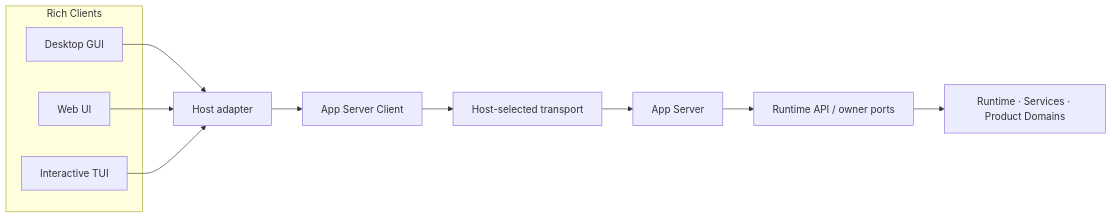
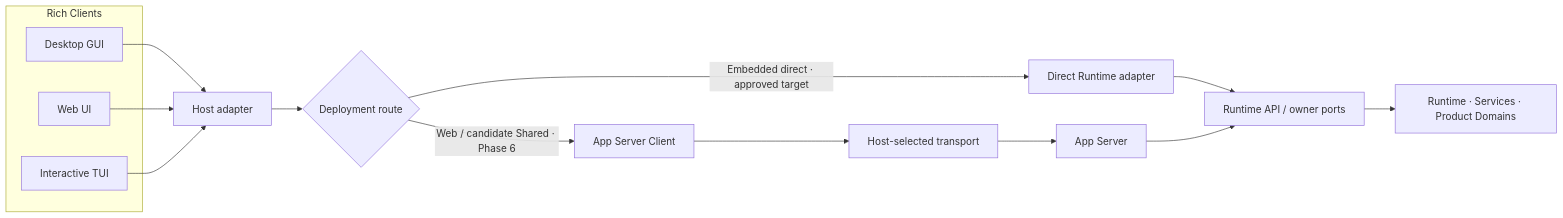
Before and after one commit to 1688mengdie/BitFun: the first of 2 diagrams in docs/architecture/app-server-architecture.md, drawn with Mermaid. The commit also changed other lines of this file and 4 other files, not shown here.

````diff
--- a/docs/architecture/app-server-architecture.md
+++ b/docs/architecture/app-server-architecture.md
@@ -120,17 +152,20 @@
 ```mermaid
 flowchart LR
   subgraph Clients["Rich Clients"]
     GUI["Desktop GUI"]
     Web["Web UI"]
     TUI["Interactive TUI"]
   end
 
   GUI --> Host["Host adapter"]
   Web --> Host
   TUI --> Host
-  Host --> Client["App Server Client"]
+  Host --> Route{"Deployment route"}
+  Route -->|"Embedded direct · approved target"| Direct["Direct Runtime adapter"]
+  Route -->|"Web / candidate Shared · Phase 6"| Client["App Server Client"]
   Client --> Transport["Host-selected transport"]
   Transport --> Server["App Server"]
-  Server --> API["Runtime API / owner ports"]
+  Direct --> API["Runtime API / owner ports"]
+  Server --> API
   API --> Owners["Runtime · Services · Product Domains"]
 ```
````
